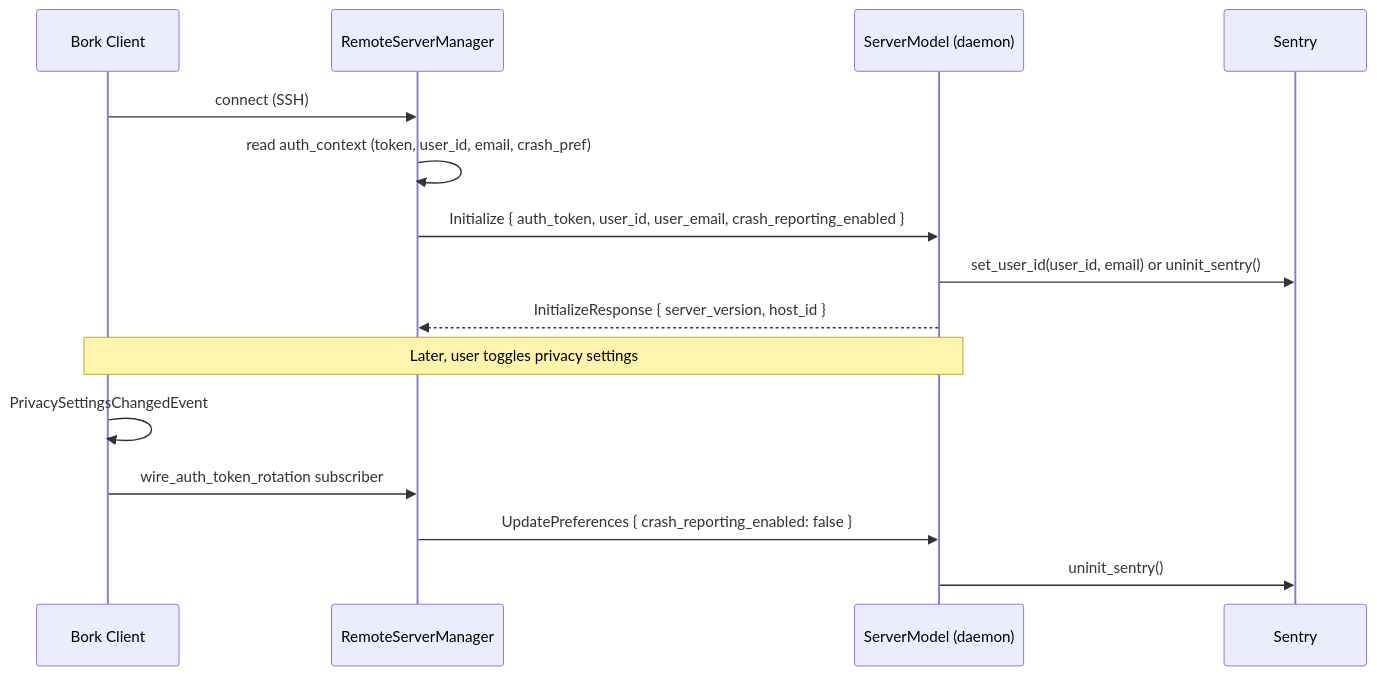
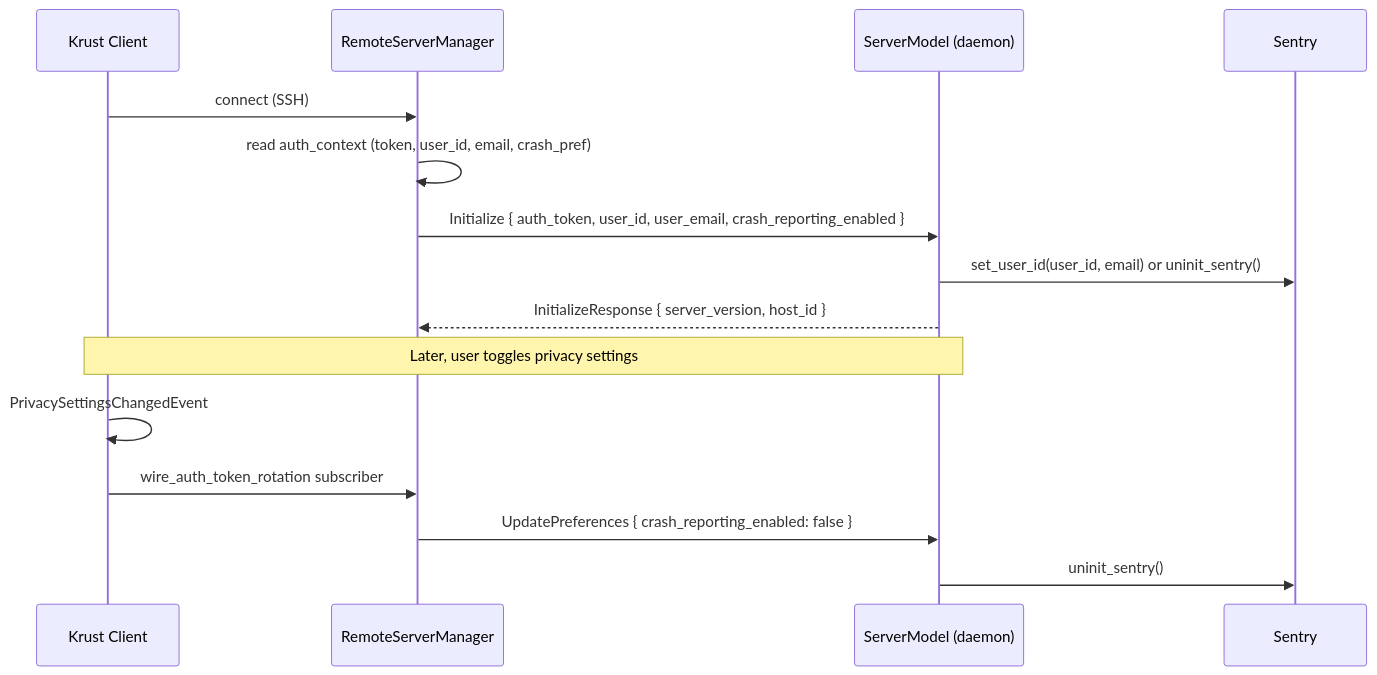
The diagram in specs/daemon-sentry-initialization/TECH.md (antikrust/krust-terminal), drawn with Mermaid before and after one commit. The commit also changed other lines of this file and 4480 other files, not shown here.

First line of the commit message:
Rebrand Bork -> Krust

````diff
--- a/specs/daemon-sentry-initialization/TECH.md
+++ b/specs/daemon-sentry-initialization/TECH.md
@@ -80,19 +80,19 @@
 ```mermaid
 sequenceDiagram
-    participant Client as Bork Client
+    participant Client as Krust Client
     participant Manager as RemoteServerManager
     participant Daemon as ServerModel (daemon)
     participant Sentry
 
     Client->>Manager: connect (SSH)
     Manager->>Manager: read auth_context (token, user_id, email, crash_pref)
     Manager->>Daemon: Initialize { auth_token, user_id, user_email, crash_reporting_enabled }
     Daemon->>Sentry: set_user_id(user_id, email) or uninit_sentry()
     Daemon-->>Manager: InitializeResponse { server_version, host_id }
 
     Note over Client,Daemon: Later, user toggles privacy settings
     Client->>Client: PrivacySettingsChangedEvent
     Client->>Manager: wire_auth_token_rotation subscriber
     Manager->>Daemon: UpdatePreferences { crash_reporting_enabled: false }
     Daemon->>Sentry: uninit_sentry()
 ```
````
